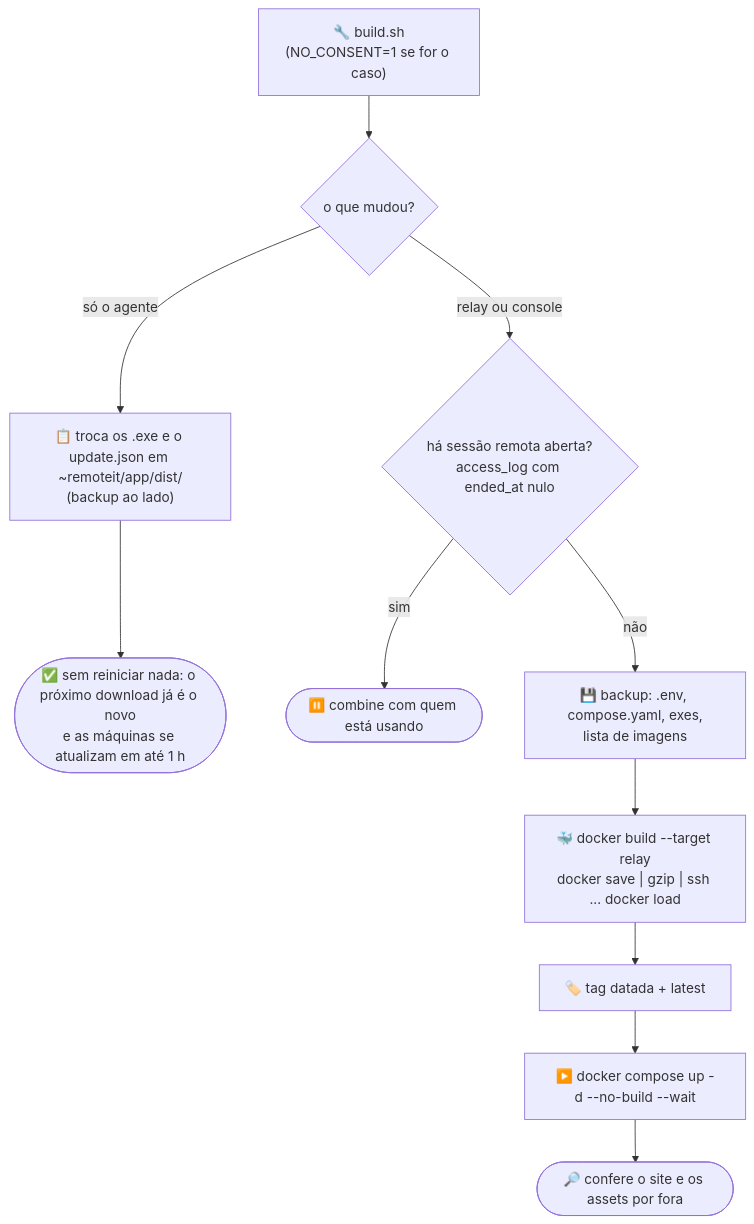
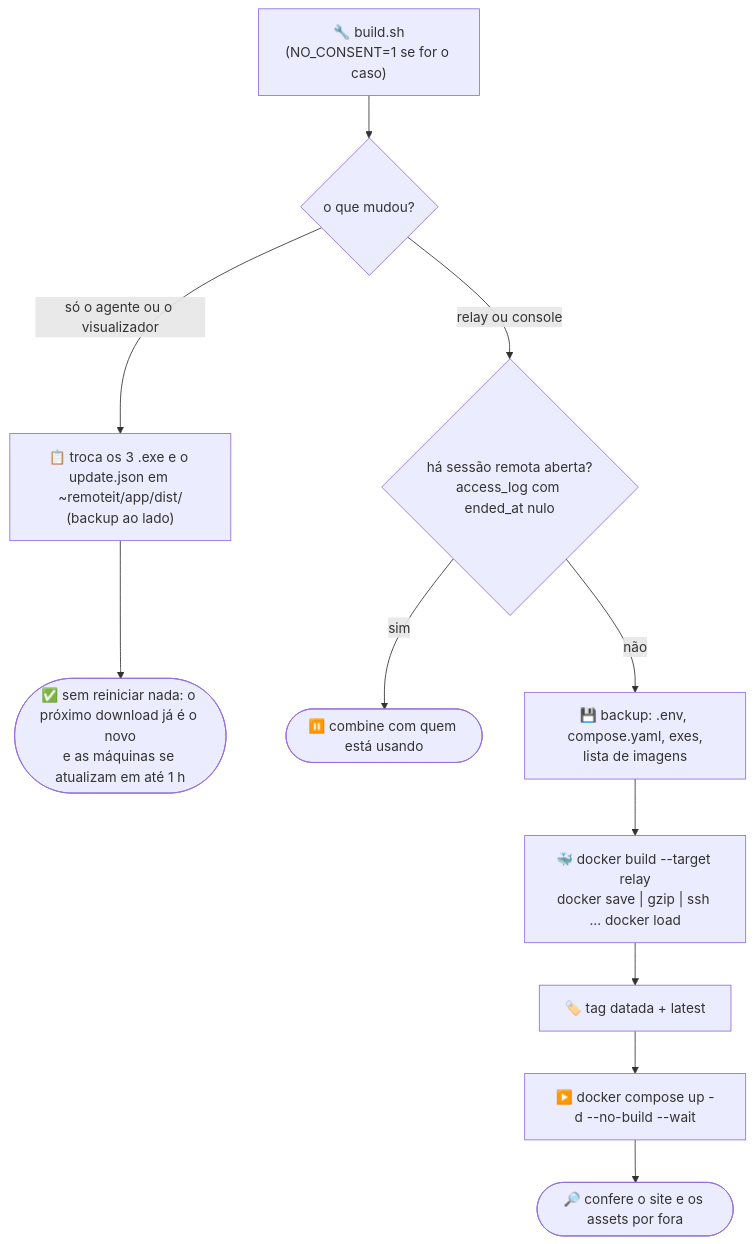
One commit to caetasousa/remoteIT changed the second of 2 diagrams in docs/DEPLOY.md. Above: the diagram before and after it, drawn with Mermaid. The commit also changed other lines of this file and 7 other files, not shown here.

````diff
--- a/docs/DEPLOY.md
+++ b/docs/DEPLOY.md
@@ -155,12 +155,12 @@
 ```mermaid
 flowchart TD
     B["🔧 build.sh<br/>(NO_CONSENT=1 se for o caso)"] --> Q{"o que mudou?"}
-    Q -- "só o agente" --> EXE["📋 troca os .exe e o update.json em ~remoteit/app/dist/<br/>(backup ao lado)"]
+    Q -- "só o agente ou o visualizador" --> EXE["📋 troca os 3 .exe e o update.json em ~remoteit/app/dist/<br/>(backup ao lado)"]
     EXE --> OK(["✅ sem reiniciar nada: o próximo download já é o novo<br/>e as máquinas se atualizam em até 1 h"])
     Q -- "relay ou console" --> S{"há sessão remota aberta?<br/>access_log com ended_at nulo"}
     S -- sim --> ASK(["⏸️ combine com quem está usando"])
     S -- não --> BK["💾 backup: .env, compose.yaml, exes,<br/>lista de imagens"]
     BK --> IMG["🐳 docker build --target relay<br/>docker save | gzip | ssh ... docker load"]
     IMG --> TAG["🏷️ tag datada + latest"] --> UP["▶️ docker compose up -d --no-build --wait"]
     UP --> VER(["🔎 confere o site e os assets por fora"])
 ```
````
